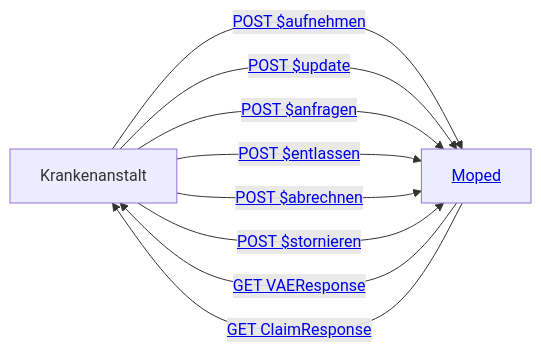
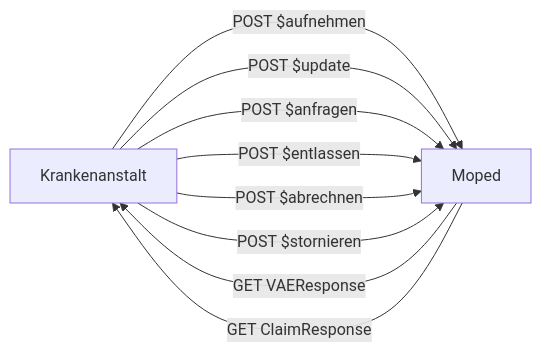
Before and after one commit to HL7Austria/ELGA-MOPED-R5: the first of 4 diagrams in input/pagecontent/actors.md, drawn with Mermaid. The commit also changed other lines of this file and 3 other files, not shown here.

```diff
--- a/input/pagecontent/actors.md
+++ b/input/pagecontent/actors.md
@@ -5,13 +5,13 @@
 <pre class="mermaid">
     graph LR
     KH[Krankenanstalt]
-    Moped[&lt;a href=&quot;#top&quot;&gt;Moped&lt;/a&gt;] 
-    KH --->|&lt;a href=&quot;OperationDefinition-MOPED.Patient.Aufnehmen.html&quot;&gt; POST $aufnehmen&lt;/a&gt;| Moped 
-    KH -->|&lt;a href=&quot;OperationDefinition-MOPED.Daten.Update.html&quot;&gt; POST $update&lt;/a&gt;| Moped
-    KH -->|&lt;a href=&quot;OperationDefinition-MOPED.VAERequest.Anfragen.html&quot;&gt; POST $anfragen&lt;/a&gt;| Moped
-    KH -->|&lt;a href=&quot;OperationDefinition-MOPED.Patient.Entlassen.html&quot;&gt; POST $entlassen&lt;/a&gt;| Moped
-    KH -->|&lt;a href=&quot;OperationDefinition-MOPED.Encounter.Abrechnen.html&quot;&gt; POST $abrechnen&lt;/a&gt;| Moped
-    KH -->|&lt;a href=&quot;TBD&quot;&gt; POST $stornieren&lt;/a&gt;| Moped
-    Moped -->|&lt;a href=&quot;StructureDefinition-MopedVAEResponse.html&quot;&gt; GET VAEResponse&lt;/a&gt;| KH
-    Moped --->|&lt;a href=&quot;StructureDefinition-MopedLKFResponse.html&quot;&gt; GET ClaimResponse&lt;/a&gt;| KH
+    Moped[Moped] 
+    KH --->|POST $aufnehmen| Moped 
+    KH -->|POST $update| Moped
+    KH -->|POST $anfragen| Moped
+    KH -->|POST $entlassen| Moped
+    KH -->|POST $abrechnen| Moped
+    KH -->|POST $stornieren| Moped
+    Moped -->|GET VAEResponse| KH
+    Moped --->|GET ClaimResponse| KH
 </pre>  
```
